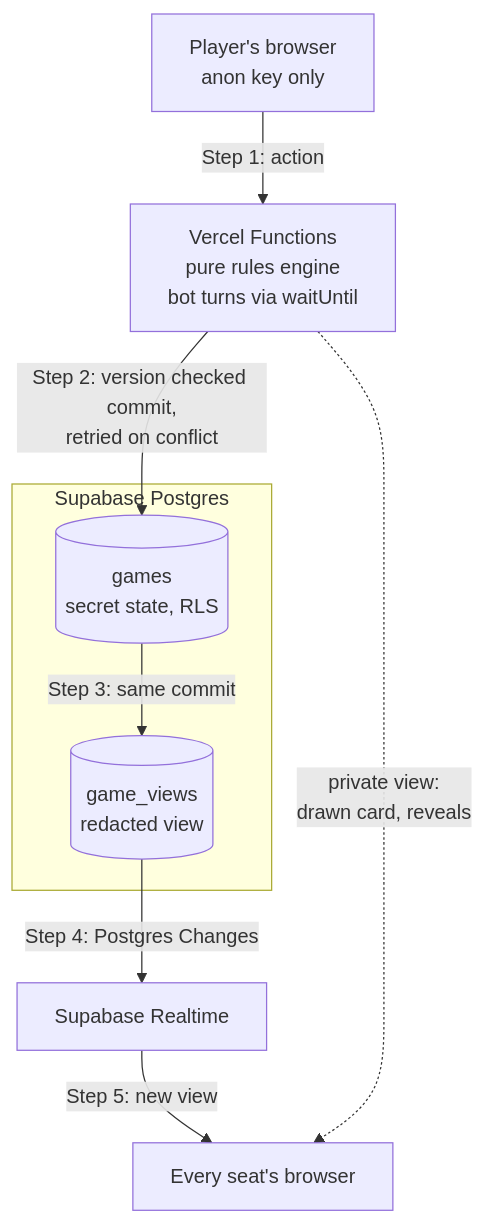
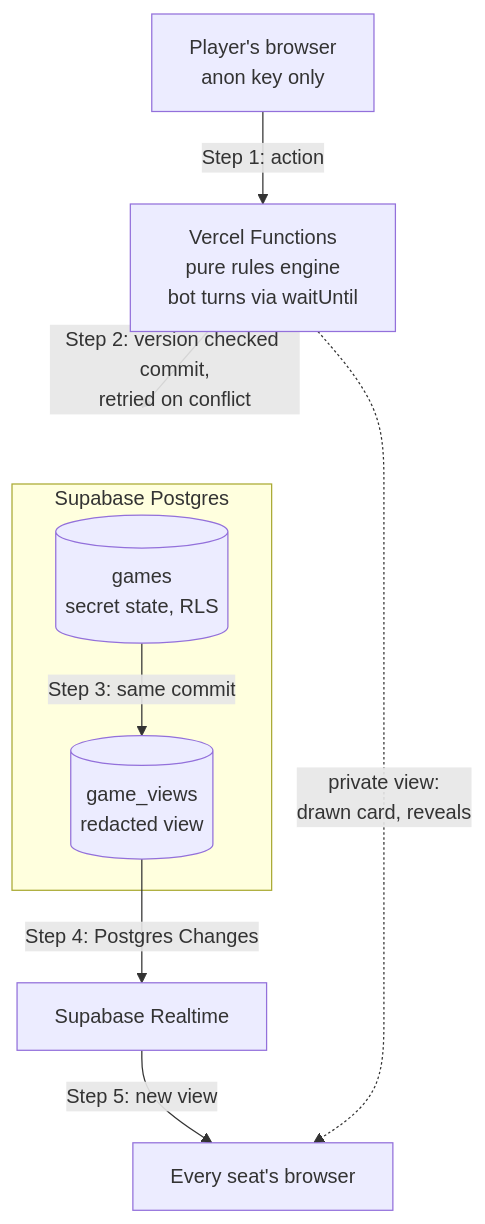
Before and after one commit to bhnsadhu/cambio: the diagram in README.md, drawn with Mermaid.

Commit message:
Point the diagram's step 2 arrow at the Postgres box, not through its title
The arrow ran from Vercel Functions to the games node and crossed the
Supabase Postgres subgraph title. It now ends at the subgraph border.

````diff
--- a/README.md
+++ b/README.md
@@ -30,18 +30,18 @@
 ```mermaid
 flowchart TB
   player["Player's browser<br/>anon key only"]
   functions["Vercel Functions<br/>pure rules engine<br/>bot turns via waitUntil"]
   subgraph postgres["Supabase Postgres"]
     games[("games<br/>secret state, RLS")]
     views[("game_views<br/>redacted view")]
   end
   realtime["Supabase Realtime"]
   seats["Every seat's browser"]
 
   player -->|"Step 1: action"| functions
-  functions -->|"Step 2: version checked commit,<br/>retried on conflict"| games
+  functions -->|"Step 2: version checked commit,<br/>retried on conflict"| postgres
   games -->|"Step 3: same commit"| views
   views -->|"Step 4: Postgres Changes"| realtime
   realtime -->|"Step 5: new view"| seats
   functions -.->|"private view:<br/>drawn card, reveals"| seats
 ```
````
